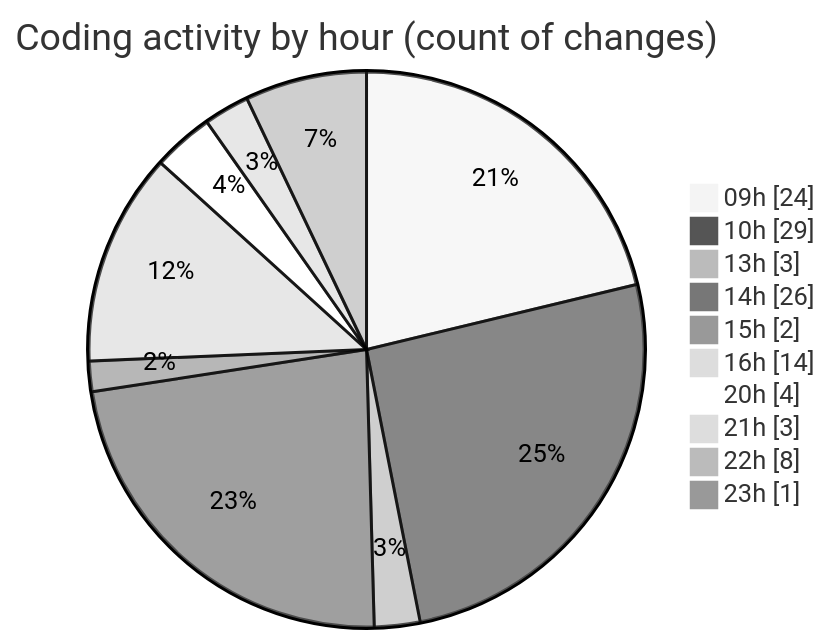
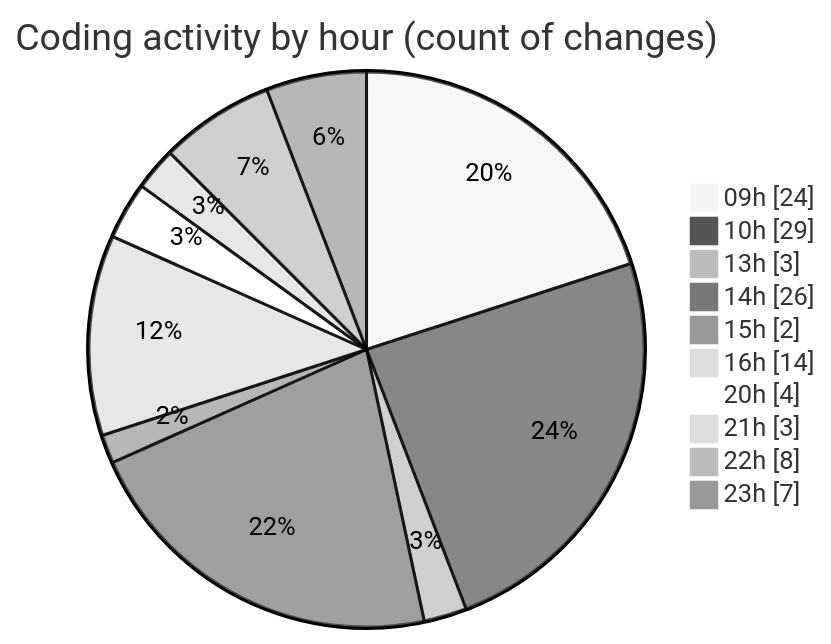
The second of 2 diagrams in 2025-05-08/myws__workspace_/README.md (MatusMokan/code-tracking), drawn with Mermaid (neutral theme) before and after one commit. The commit also changed other lines of this file and 1 other file, not shown here.

````diff
--- a/2025-05-08/myws__workspace_/README.md
+++ b/2025-05-08/myws__workspace_/README.md
@@ -32,14 +32,14 @@
 ```mermaid
 pie showData
 title Coding activity by hour (count of changes)
 "09h" : 24
 "10h" : 29
 "13h" : 3
 "14h" : 26
 "15h" : 2
 "16h" : 14
 "20h" : 4
 "21h" : 3
 "22h" : 8
-"23h" : 1
+"23h" : 7
 ```
````
